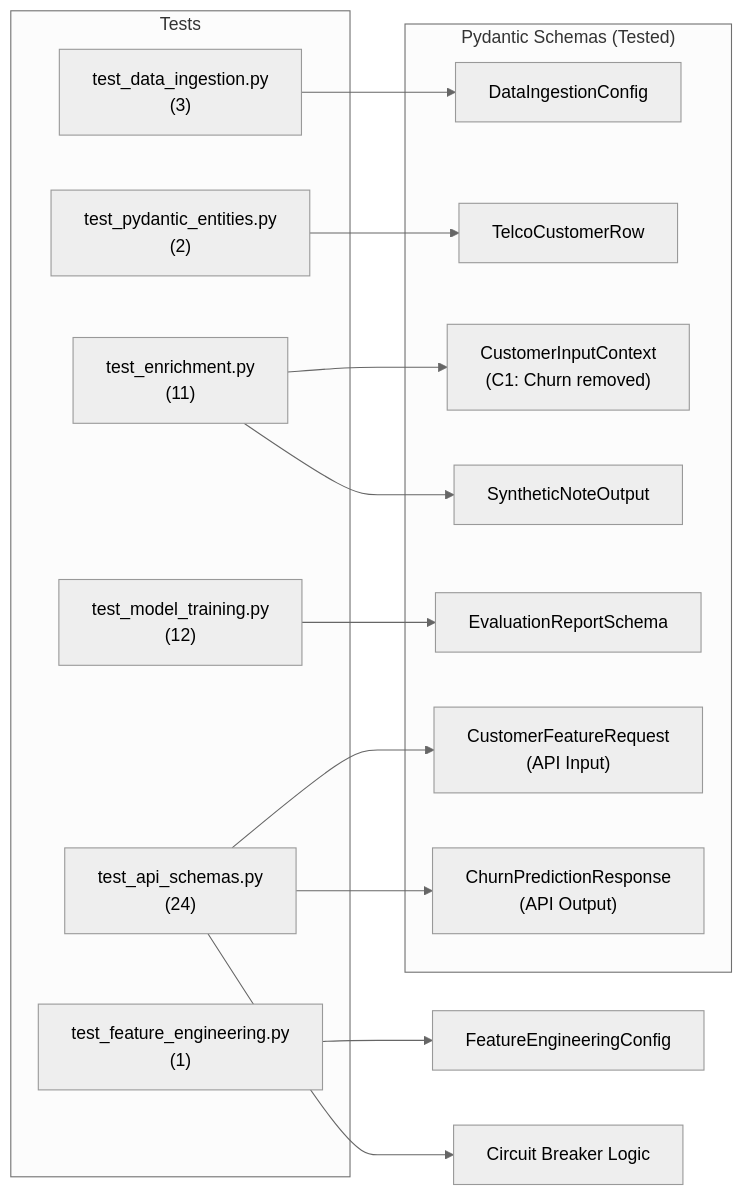
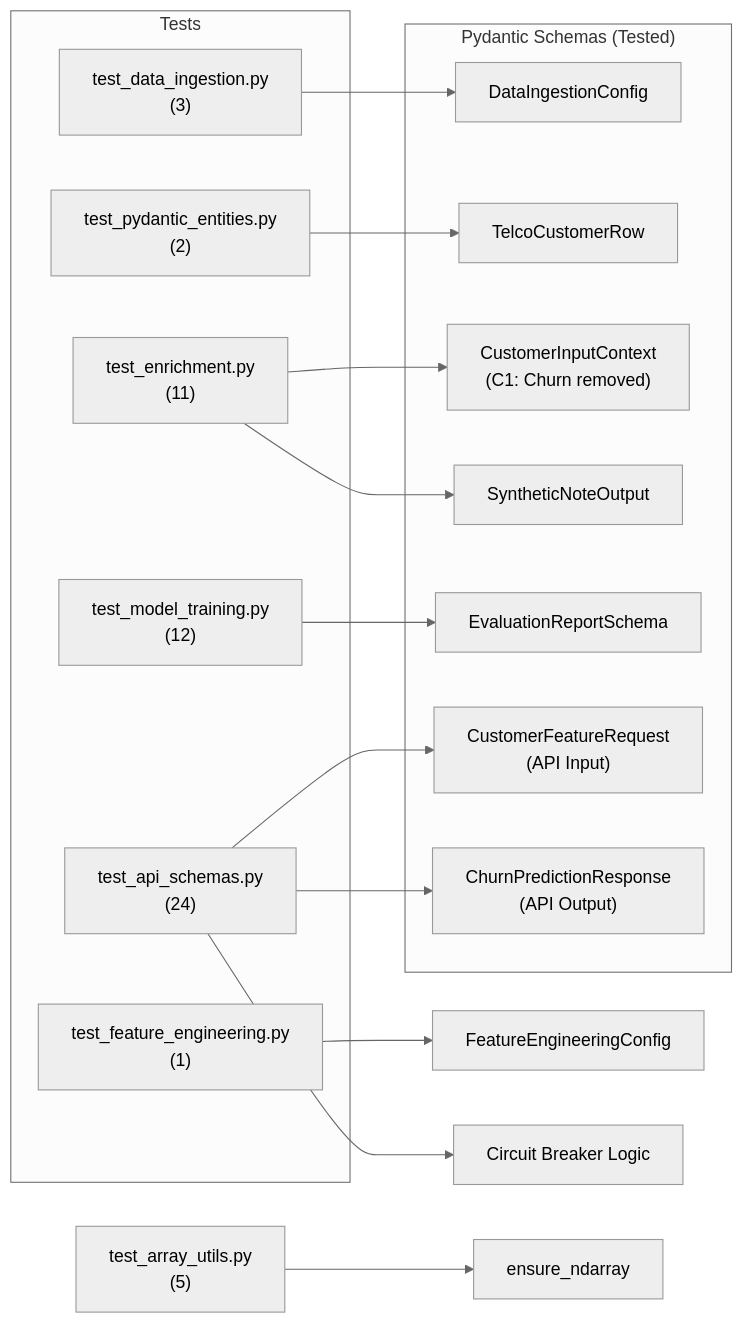
Before and after one commit to SebastianGarrido2790/ai-ml-telecom-customer-churn: the diagram in reports/docs/runbooks/test_suite.md, drawn with Mermaid (neutral theme). The commit also changed other lines of this file and 13 other files, not shown here.

Commit message:
Hardening (v1.2): Centralized test fixtures, extracted array_utils utility, and updated documentation

````diff
--- a/reports/docs/runbooks/test_suite.md
+++ b/reports/docs/runbooks/test_suite.md
@@ -264,31 +297,32 @@
 ```mermaid
 graph LR
     subgraph "Pydantic Schemas (Tested)"
         DataIngestionConfig["DataIngestionConfig"]
         TelcoCustomerRow["TelcoCustomerRow"]
         CustomerInputContext["CustomerInputContext\n(C1: Churn removed)"]
         SyntheticNoteOutput["SyntheticNoteOutput"]
         EvaluationReportSchema["EvaluationReportSchema"]
         CustomerFeatureRequest["CustomerFeatureRequest\n(API Input)"]
         ChurnPredictionResponse["ChurnPredictionResponse\n(API Output)"]
     end
 
     subgraph "Tests"
         T0["test_data_ingestion.py\n(3)"]
         T1["test_pydantic_entities.py\n(2)"]
         T2["test_enrichment.py\n(11)"]
         T3["test_feature_engineering.py\n(1)"]
         T4["test_model_training.py\n(12)"]
         T6["test_api_schemas.py\n(24)"]
     end
 
     T0 --> DataIngestionConfig
     T1 --> TelcoCustomerRow
     T2 --> CustomerInputContext
     T2 --> SyntheticNoteOutput
     T3 --> FeatureEngineeringConfig
     T4 --> EvaluationReportSchema
     T6 --> CustomerFeatureRequest
     T6 --> ChurnPredictionResponse
     T6 --> TestCircuitBreaker["Circuit Breaker Logic"]
+    T7["test_array_utils.py\n(5)"] --> ArrayUtils["ensure_ndarray"]
 ```
````
